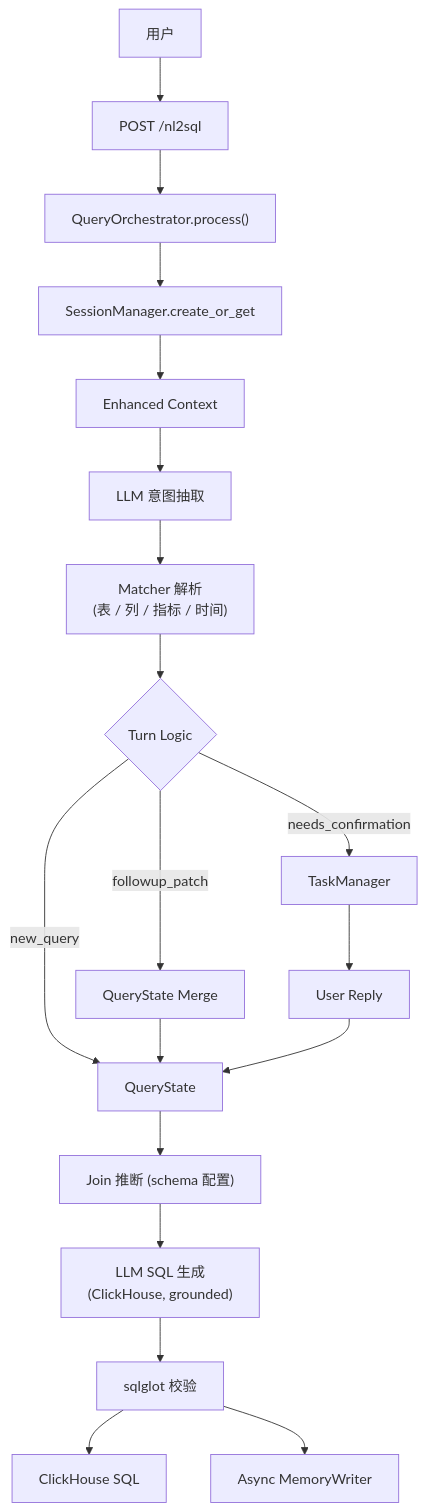
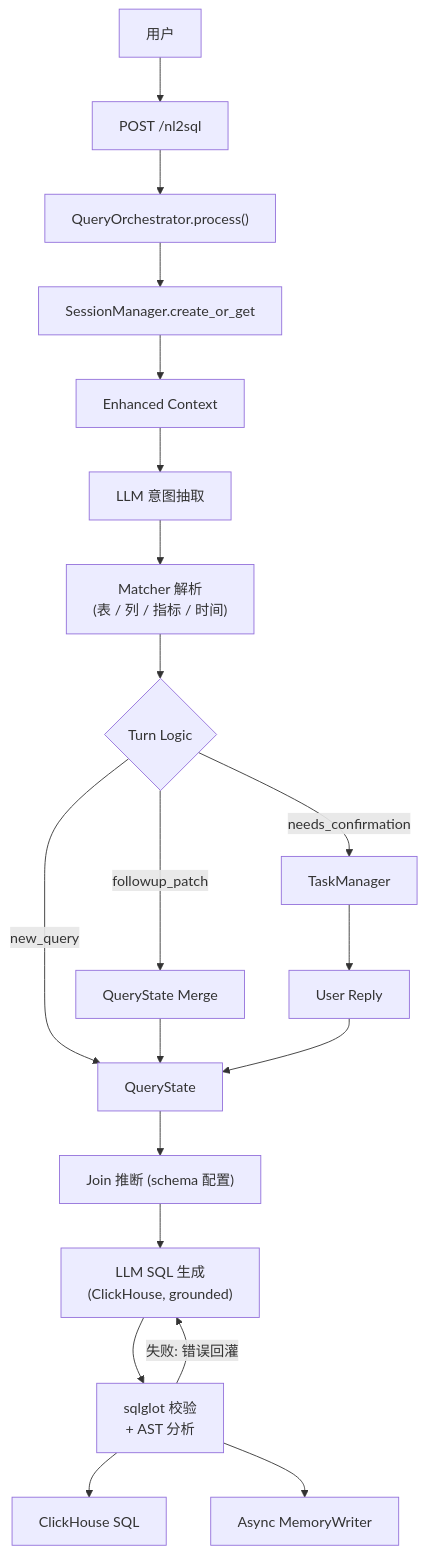
Before and after one commit to frankzh0330/query-agent: the first of 4 diagrams in docs/ARCHITECTURE.zh-CN.md, drawn with Mermaid. The commit also changed other lines of this file and 32 other files, not shown here.

````diff
--- a/docs/ARCHITECTURE.zh-CN.md
+++ b/docs/ARCHITECTURE.zh-CN.md
@@ -71,21 +72,22 @@
 ```mermaid
 flowchart TD
     U["用户"] --> API["POST /nl2sql"]
     API --> ORC["QueryOrchestrator.process()"]
     ORC --> S["SessionManager.create_or_get"]
     S --> C["Enhanced Context"]
     C --> L1["LLM 意图抽取"]
     L1 --> L2["Matcher 解析<br/>(表 / 列 / 指标 / 时间)"]
     L2 --> T{"Turn Logic"}
     T -->|new_query| S1["QueryState"]
     T -->|followup_patch| M["QueryState Merge"]
     M --> S1
     T -->|needs_confirmation| K["TaskManager"]
     K --> R["User Reply"]
     R --> S1
     S1 --> J["Join 推断 (schema 配置)"]
     J --> G["LLM SQL 生成<br/>(ClickHouse, grounded)"]
-    G --> V["sqlglot 校验"]
+    G --> V["sqlglot 校验<br/>+ AST 分析"]
+    V -->|"失败: 错误回灌"| G
     V --> O["ClickHouse SQL"]
     V --> ML["Async MemoryWriter"]
 ```
````
